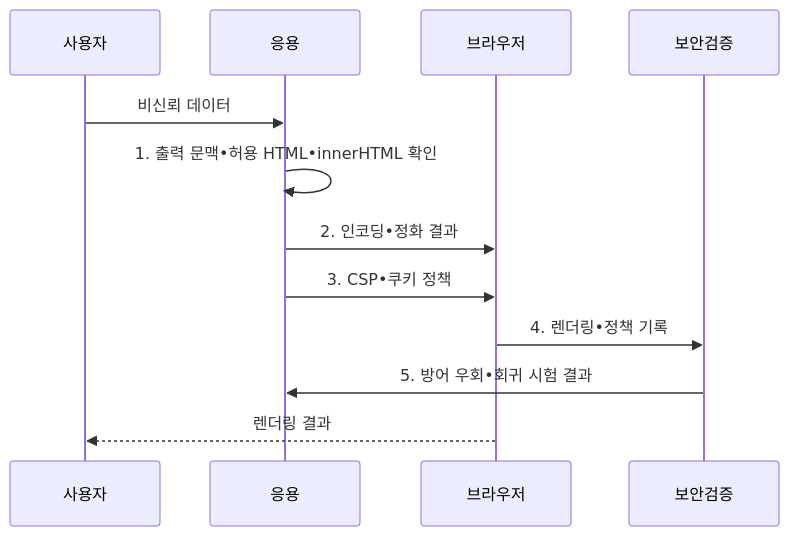
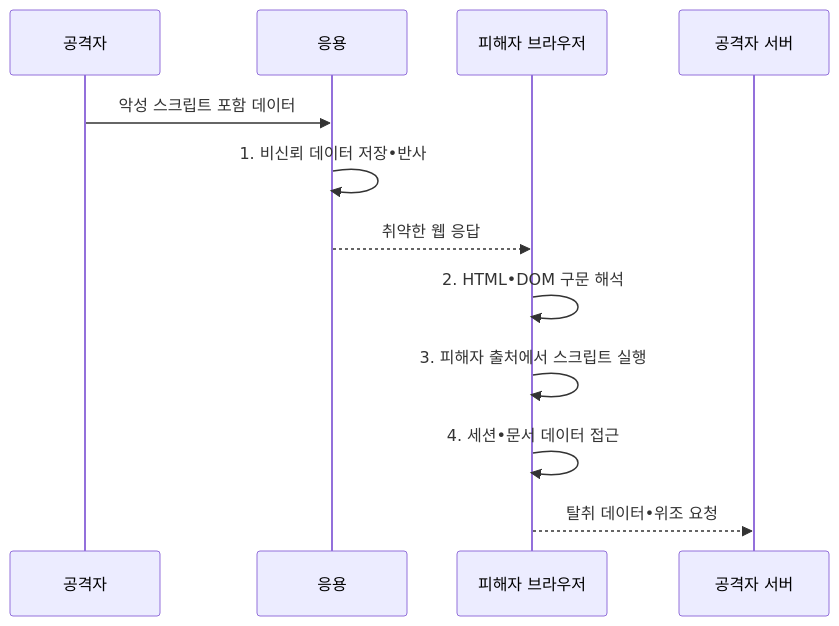
The second of 2 diagrams in src/content/docs/notes/05-security/047_xss.md (agnusdei1207/knowledge-base), drawn with Mermaid before and after one commit. The commit also changed other lines of this file and 19 other files, not shown here.

````diff
--- a/src/content/docs/notes/05-security/047_xss.md
+++ b/src/content/docs/notes/05-security/047_xss.md
@@ -105,14 +105,14 @@
 ```mermaid
 sequenceDiagram
-    participant 사용자
+    participant 공격자
     participant 응용
-    participant 브라우저
-    participant 보안검증
-    사용자->>응용: 비신뢰 데이터
-    응용->>응용: 1. 출력 문맥•허용 HTML•innerHTML 확인
-    응용->>브라우저: 2. 인코딩•정화 결과
-    응용->>브라우저: 3. CSP•쿠키 정책
-    브라우저->>보안검증: 4. 렌더링•정책 기록
-    보안검증->>응용: 5. 방어 우회•회귀 시험 결과
-    브라우저-->>사용자: 렌더링 결과
+    participant 브라우저 as 피해자 브라우저
+    participant 공격서버 as 공격자 서버
+    공격자->>응용: 악성 스크립트 포함 데이터
+    응용->>응용: 1. 비신뢰 데이터 저장•반사
+    응용-->>브라우저: 취약한 웹 응답
+    브라우저->>브라우저: 2. HTML•DOM 구문 해석
+    브라우저->>브라우저: 3. 피해자 출처에서 스크립트 실행
+    브라우저->>브라우저: 4. 세션•문서 데이터 접근
+    브라우저-->>공격서버: 탈취 데이터•위조 요청
 ```
````
